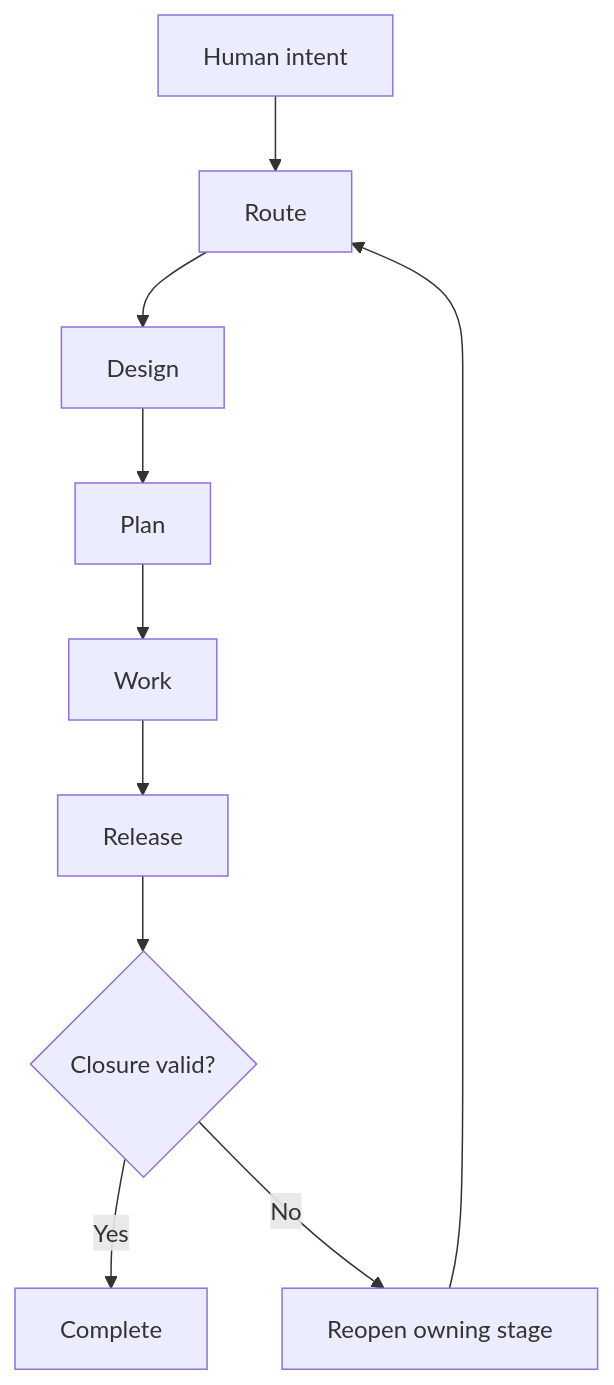
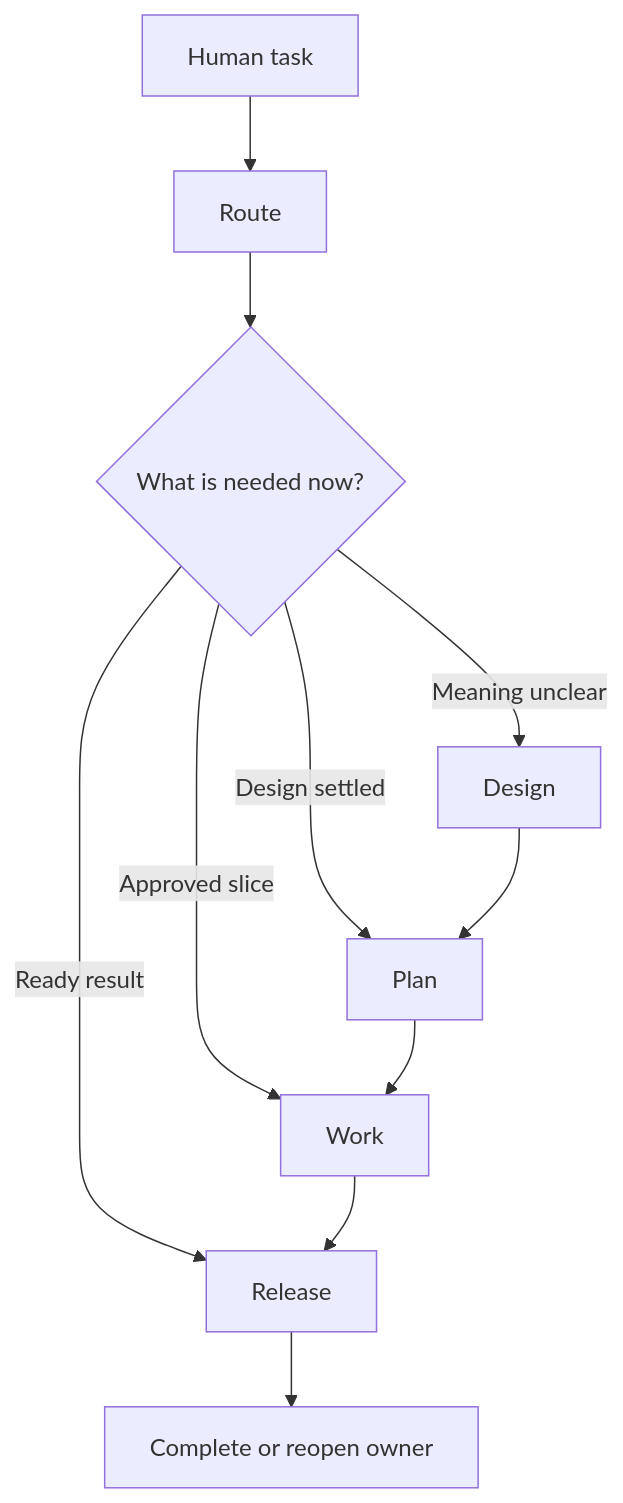
One commit to shaggyfeng/Dev-Skill-Rebon changed the first of 2 diagrams in README.md. Above: the diagram before and after it, drawn with Mermaid. The commit also changed other lines of this file and 1 other file, not shown here.

Commit message:
Release DevSkill Unslop 2.0

````diff
--- a/README.md
+++ b/README.md
@@ -29,12 +23,13 @@
 ```mermaid
 flowchart TB
-    A["Human intent"] --> B["Route"]
-    B --> C["Design"]
-    C --> D["Plan"]
-    D --> E["Work"]
-    E --> F["Release"]
-    F --> G{"Closure valid?"}
-    G -->|Yes| H["Complete"]
-    G -->|No| I["Reopen owning stage"]
-    I --> B
+    A["Human task"] --> B["Route"]
+    B --> C{"What is needed now?"}
+    C -->|"Meaning unclear"| D["Design"]
+    C -->|"Design settled"| E["Plan"]
+    C -->|"Approved slice"| F["Work"]
+    C -->|"Ready result"| G["Release"]
+    D --> E
+    E --> F
+    F --> G
+    G --> H["Complete or reopen owner"]
 ```
````
